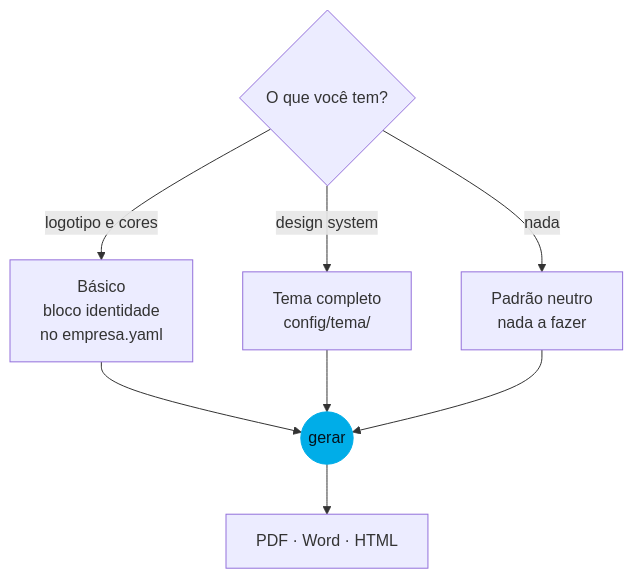
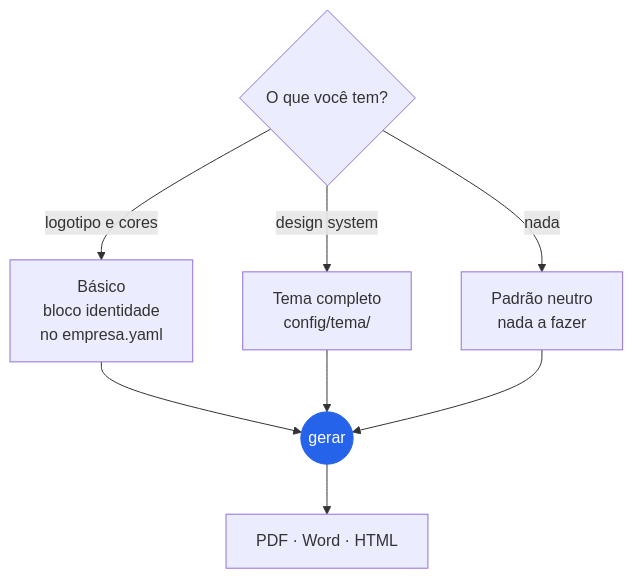
One commit to resper1965/esqueleto-governanca changed the diagram in docs/identidade-visual.md. Above: the diagram before and after it, drawn with Mermaid. The commit also changed other lines of this file and 11 other files, not shown here.

````diff
--- a/docs/identidade-visual.md
+++ b/docs/identidade-visual.md
@@ -11,13 +11,13 @@
 ```mermaid
 flowchart TB
     Q{"O que você tem?"}
     Q -- "nada" --> N["Padrão neutro<br/>nada a fazer"]
     Q -- "logotipo e cores" --> B["Básico<br/>bloco identidade<br/>no empresa.yaml"]
     Q -- "design system" --> D["Tema completo<br/>config/tema/"]
     B --> G(("gerar"))
     D --> G
     N --> G
     G --> O["PDF · Word · HTML"]
 
-    style G fill:#00ADE8,stroke:#00ADE8,color:#04121C
+    style G fill:#2563EB,stroke:#2563EB,color:#FFFFFF
 ```
````
